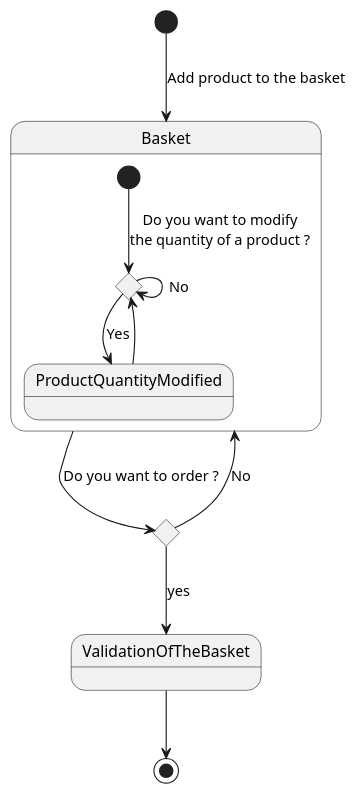
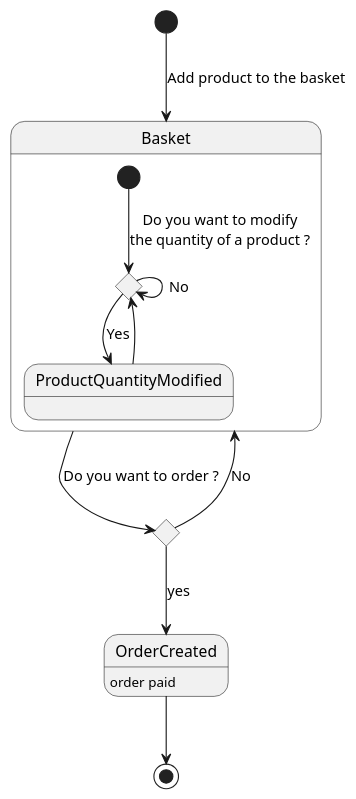
One commit to AnnaMasante/Mercat changed the diagram in src/StateDiagrammOrder.puml. Above: the diagram before and after it, drawn with PlantUML.

Commit message:
Modification diagramme

```diff
--- a/src/StateDiagrammOrder.puml
+++ b/src/StateDiagrammOrder.puml
@@ -1,19 +1,21 @@
 @startuml
 scale 350 width
 [*] --> Basket : Add product to the basket
 state Basket {
 
     state choice<<choice>>
 
     [*]-->choice : Do you want to modify\nthe quantity of a product ?
     ProductQuantityModified --> choice
     choice --> ProductQuantityModified : Yes
     choice --> choice : No
 }
 state c <<choice>>
 Basket --> c : Do you want to order ?
-c-->ValidationOfTheBasket : yes
-ValidationOfTheBasket-->[*]
+c-->OrderCreated : yes
+OrderCreated-->[*]
 c-->Basket : No
 
+OrderCreated : order paid
+
 @enduml
```
